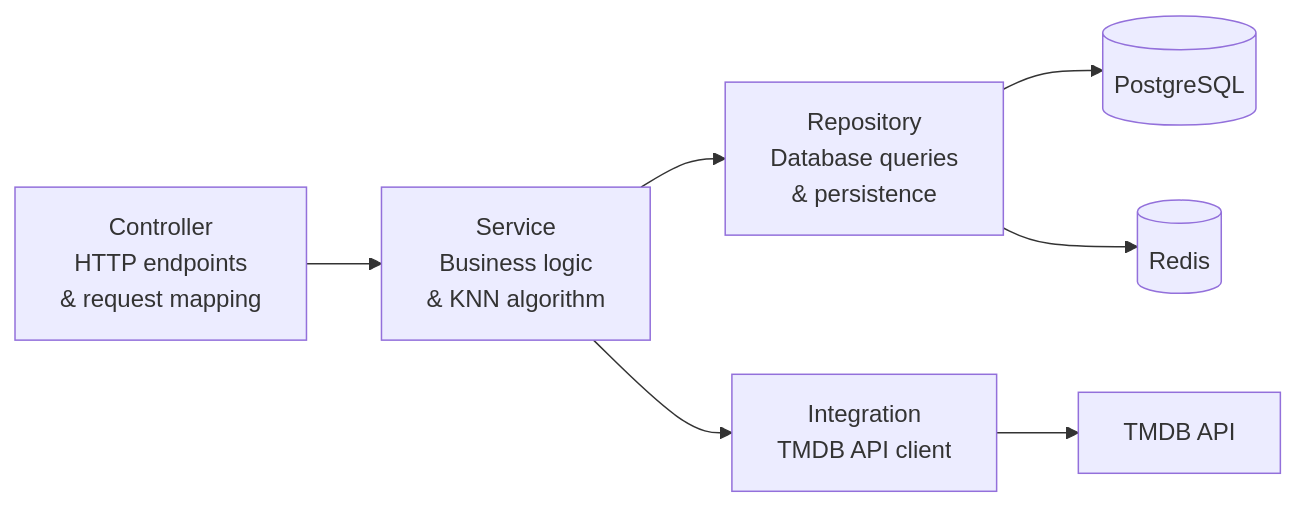
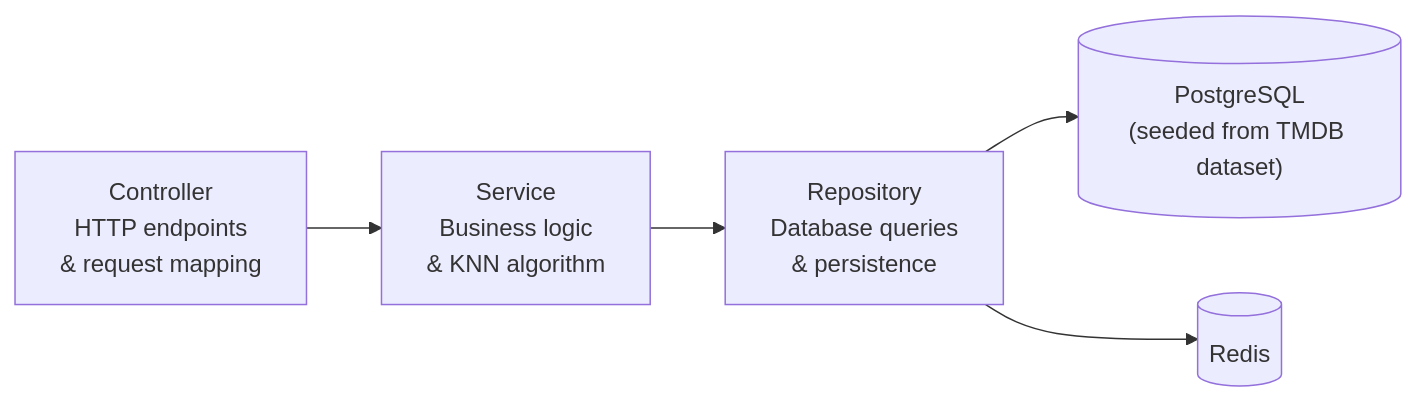
One commit to P-py/watchToNext changed the first of 2 diagrams in docs/backend.md. Above: the diagram before and after it, drawn with Mermaid. The commit also changed other lines of this file and 7 other files, not shown here.

Commit message:
:rocket::recycle: feat[api]: migrate dataset to Kaggle 930k, add docker compose and TMDB attribution

````diff
--- a/docs/backend.md
+++ b/docs/backend.md
@@ -60,17 +60,13 @@
 ```mermaid
 graph LR
   Controller["Controller\nHTTP endpoints\n& request mapping"]
   Service["Service\nBusiness logic\n& KNN algorithm"]
   Repository["Repository\nDatabase queries\n& persistence"]
-  Integration["Integration\nTMDB API client"]
-  DB[("PostgreSQL")]
+  DB[("PostgreSQL\n(seeded from TMDB dataset)")]
   Cache[("Redis")]
-  TMDB["TMDB API"]
 
   Controller --> Service
   Service --> Repository
-  Service --> Integration
   Repository --> DB
   Repository --> Cache
-  Integration --> TMDB
 ```
````
